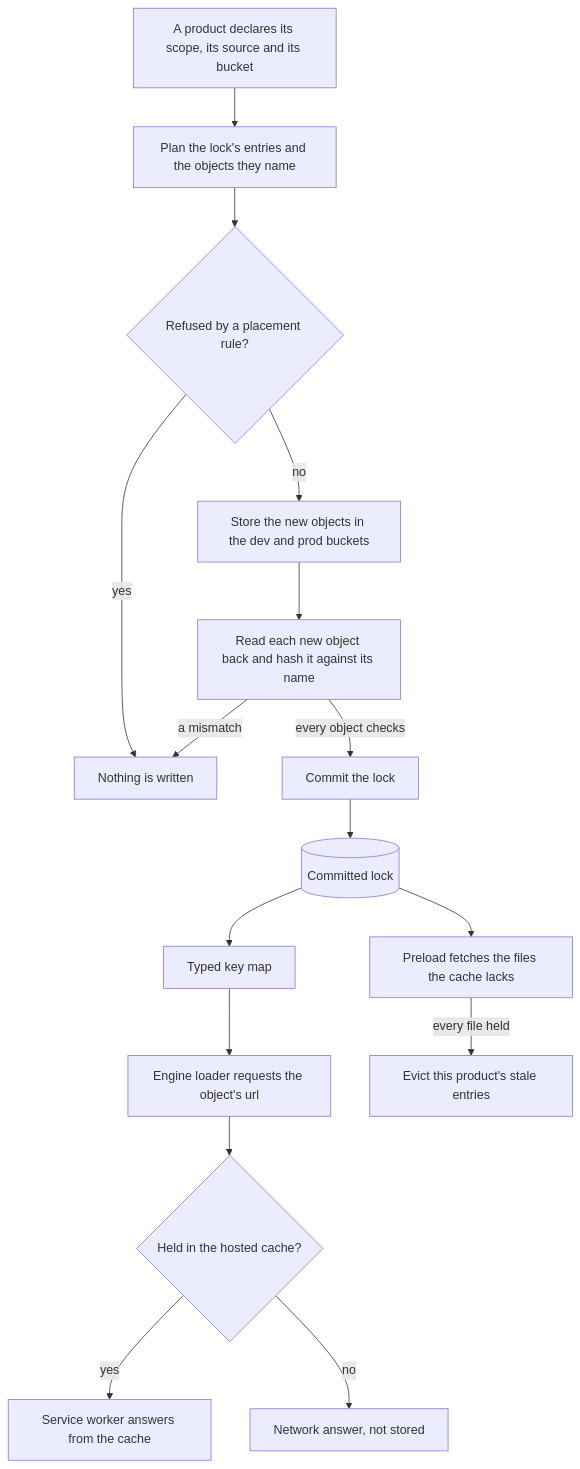
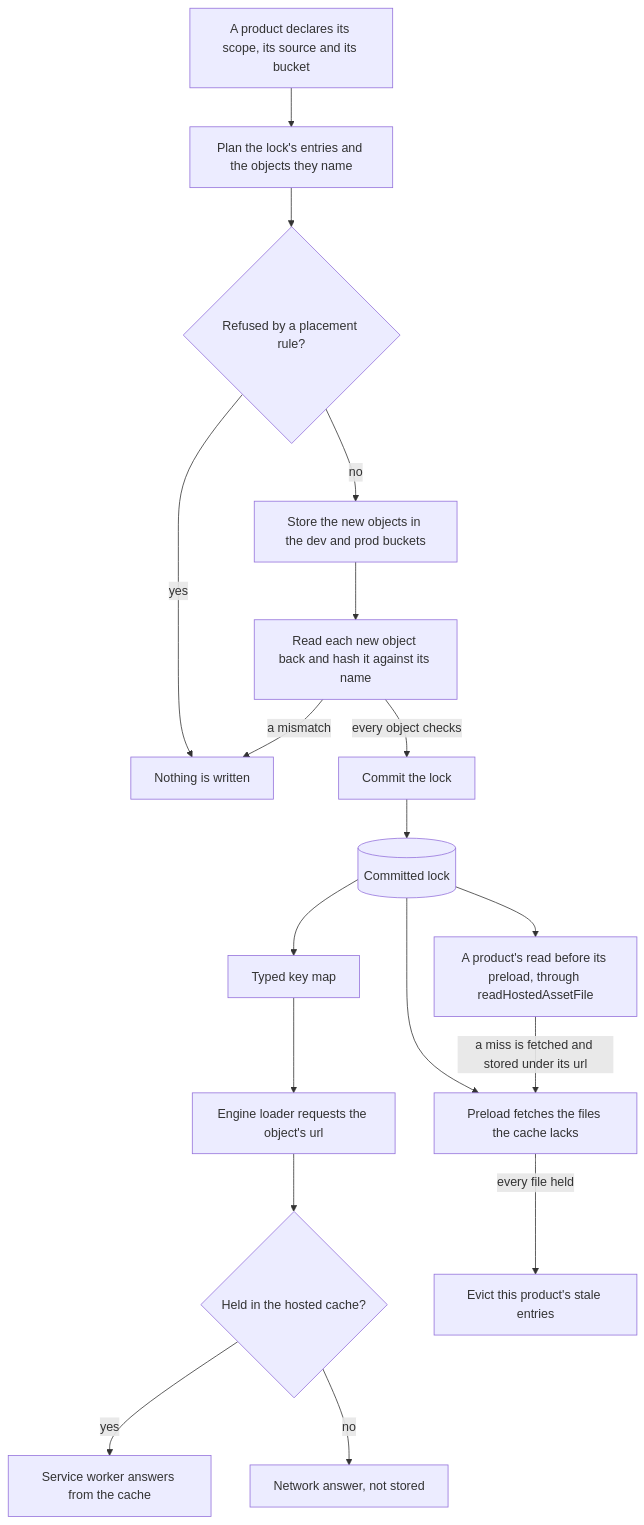
Before and after one commit to Esposter/Esposter: the diagram in openspec/specs/architecture/hosted-assets/design.md, drawn with Mermaid. The commit also changed other lines of this file and 7 other files, not shown here.

First line of the commit message:
fix(genshin): the login's recordings are read through the hosted cache, so the preload holds each one without fetching it again

````diff
--- a/openspec/specs/architecture/hosted-assets/design.md
+++ b/openspec/specs/architecture/hosted-assets/design.md
@@ -7,18 +7,20 @@
 ```mermaid
 flowchart TD
   Declare["A product declares its scope, its source and its bucket"] --> Plan["Plan the lock's entries and the objects they name"]
   Plan --> Refuse{"Refused by a placement rule?"}
   Refuse -->|"yes"| Stop["Nothing is written"]
   Refuse -->|"no"| Store["Store the new objects in the dev and prod buckets"]
   Store --> Read["Read each new object back and hash it against its name"]
   Read -->|"a mismatch"| Stop
   Read -->|"every object checks"| Commit["Commit the lock"]
   Commit --> Lock[("Committed lock")]
   Lock --> Keys["Typed key map"]
   Keys --> Loader["Engine loader requests the object's url"]
   Loader --> Held{"Held in the hosted cache?"}
   Held -->|"yes"| Worker["Service worker answers from the cache"]
   Held -->|"no"| Network["Network answer, not stored"]
   Lock --> Preload["Preload fetches the files the cache lacks"]
   Preload -->|"every file held"| Evict["Evict this product's stale entries"]
+  Lock --> Early["A product's read before its preload, through readHostedAssetFile"]
+  Early -->|"a miss is fetched and stored under its url"| Preload
 ```
````
